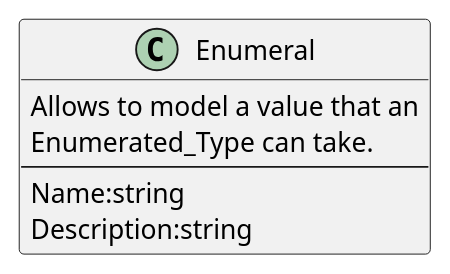
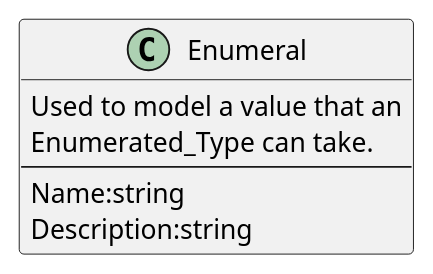
The diagram in Meta-Classes/Enumeral.puml (HomeMadeBots/Embedded_Software_Meta_Model), drawn with PlantUML before and after one commit. The commit also changed 17 other files, not shown here.

```diff
--- a/Meta-Classes/Enumeral.puml
+++ b/Meta-Classes/Enumeral.puml
@@ -1,12 +1,12 @@
 @startuml
 
 class Enumeral
 {
-  Allows to model a value that an
+  Used to model a value that an
   Enumerated_Type can take.
   --
   Name:string
   Description:string
 }
 
 @enduml
```
